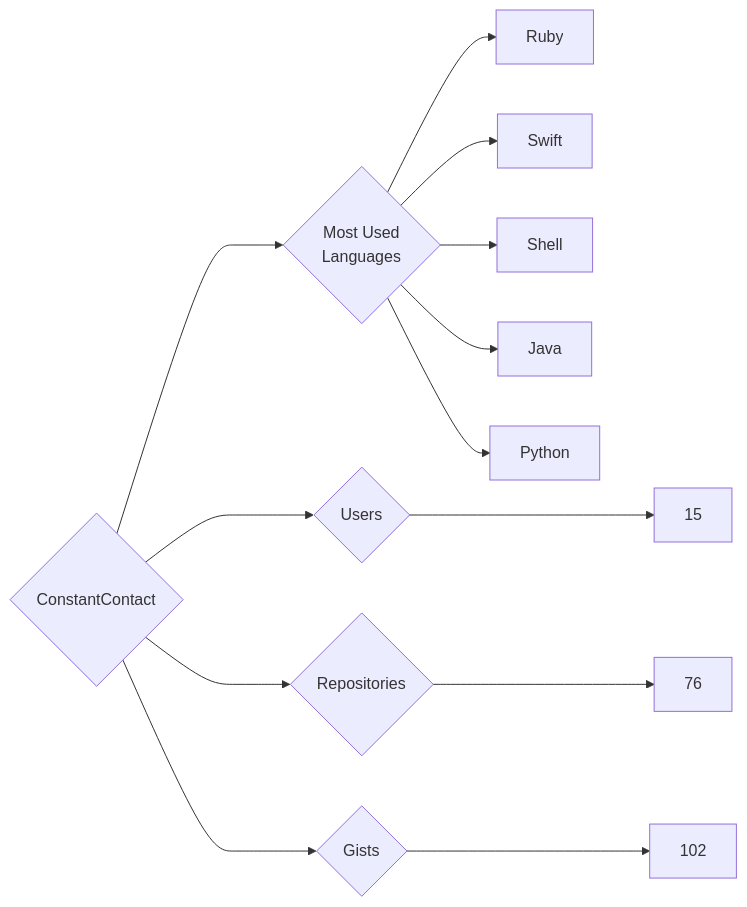
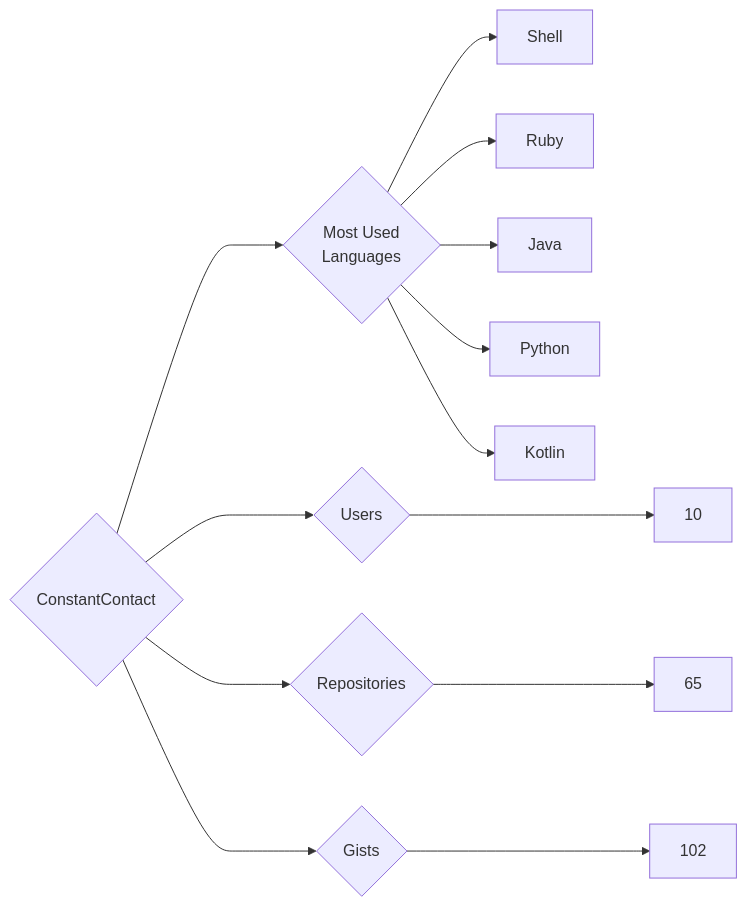
Before and after one commit to trickest/insiders: the diagram in targets/ConstantContact/README.md, drawn with Mermaid. The commit also changed 860 other files, not shown here.

````diff
--- a/targets/ConstantContact/README.md
+++ b/targets/ConstantContact/README.md
@@ -3,13 +3,13 @@
 ```mermaid
 graph LR
 COMPANY_NAME{ConstantContact}
-COMPANY_NAME ---> U{Users} ---> UN[15]
-COMPANY_NAME ---> R{Repositories} ---> RN[76]
+COMPANY_NAME ---> U{Users} ---> UN[10]
+COMPANY_NAME ---> R{Repositories} ---> RN[65]
 COMPANY_NAME ---> G{Gists} ---> GN[102]
 COMPANY_NAME ---> ML{Most Used<br>Languages}
+ML --> Shell[Shell]
 ML --> Ruby[Ruby]
-ML --> Swift[Swift]
-ML --> Shell[Shell]
 ML --> Java[Java]
 ML --> Python[Python]
+ML --> Kotlin[Kotlin]
 ```
````
